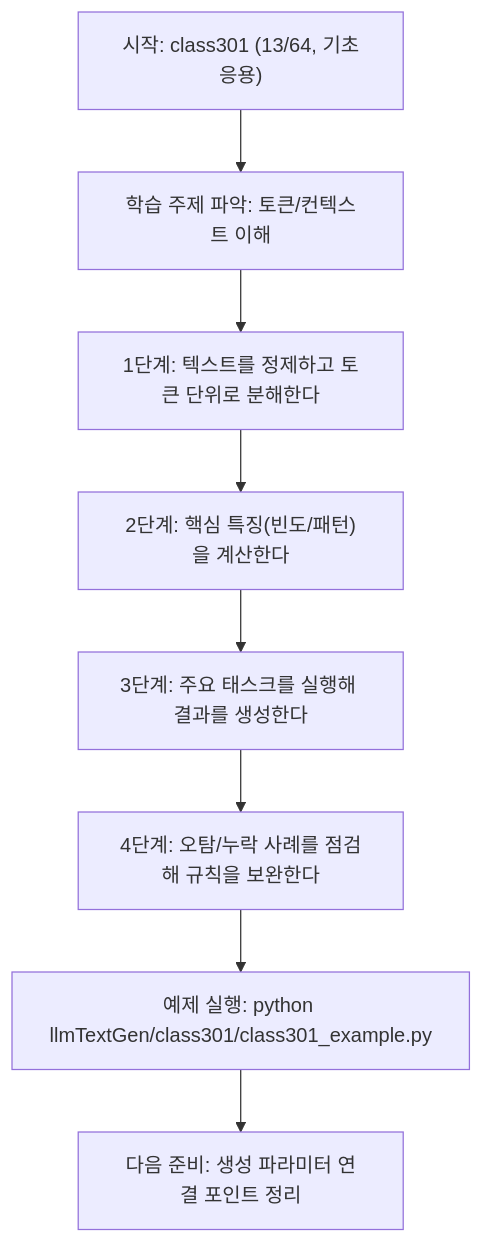
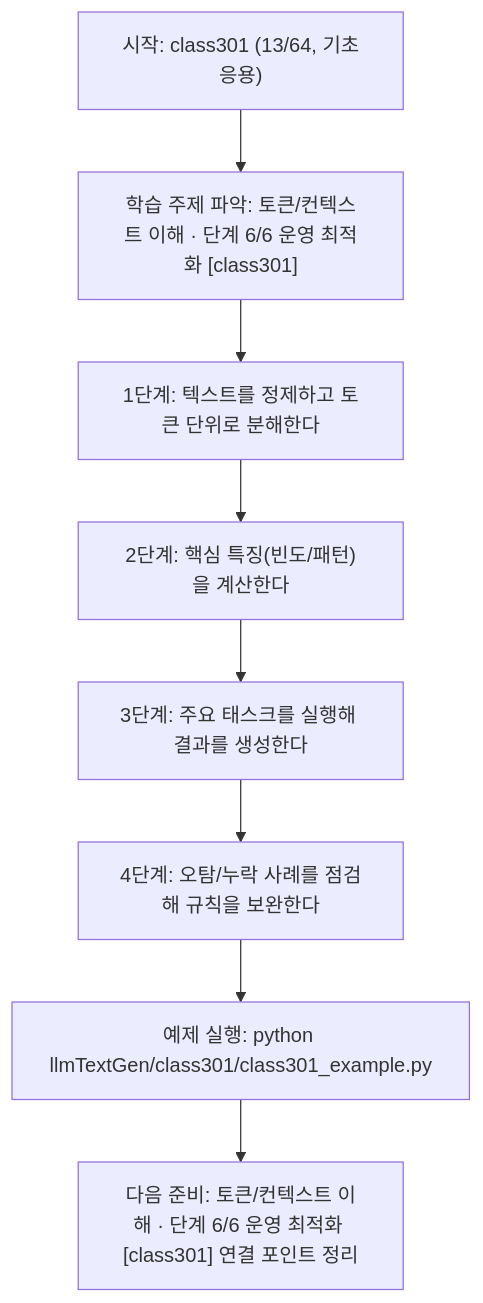
The diagram in llmTextGen/class301/class301.md (edumgt/Python-AI_Agent-Class), drawn with Mermaid before and after one commit. The commit also changed other lines of this file and 522 other files, not shown here.

````diff
--- a/llmTextGen/class301/class301.md
+++ b/llmTextGen/class301/class301.md
@@ -113,18 +114,18 @@
 ```mermaid
 flowchart TD
 N1["시작: class301 (13/64, 기초응용)"]
-N2["학습 주제 파악: 토큰/컨텍스트 이해"]
+N2["학습 주제 파악: 토큰/컨텍스트 이해 · 단계 6/6 운영 최적화 [class301]"]
 N3["1단계: 텍스트를 정제하고 토큰 단위로 분해한다"]
 N4["2단계: 핵심 특징(빈도/패턴)을 계산한다"]
 N5["3단계: 주요 태스크를 실행해 결과를 생성한다"]
 N6["4단계: 오탐/누락 사례를 점검해 규칙을 보완한다"]
 N7["예제 실행: python llmTextGen/class301/class301_example.py"]
-N8["다음 준비: 생성 파라미터 연결 포인트 정리"]
+N8["다음 준비: 토큰/컨텍스트 이해 · 단계 6/6 운영 최적화 [class301] 연결 포인트 정리"]
 N1 --> N2
 N2 --> N3
 N3 --> N4
 N4 --> N5
 N5 --> N6
 N6 --> N7
 N7 --> N8
 ```
````
